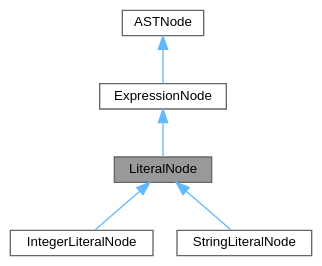
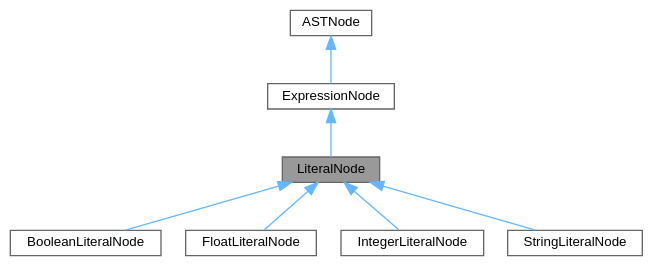
One commit to kejunp/kejunp.github.io changed the diagram in pebbl/docs/structLiteralNode__inherit__graph.dot. Above: the diagram before and after it, drawn with Graphviz. The commit also changed 121 other files, not shown here.

```diff
--- a/pebbl/docs/structLiteralNode__inherit__graph.dot
+++ b/pebbl/docs/structLiteralNode__inherit__graph.dot
@@ -1,16 +1,20 @@
 digraph "LiteralNode"
 {
  // LATEX_PDF_SIZE
   bgcolor="transparent";
   edge [fontname=Helvetica,fontsize=10,labelfontname=Helvetica,labelfontsize=10];
   node [fontname=Helvetica,fontsize=10,shape=box,height=0.2,width=0.4];
   Node1 [id="Node000001",label="LiteralNode",height=0.2,width=0.4,color="gray40", fillcolor="grey60", style="filled", fontcolor="black",tooltip="Base class for all literals."];
   Node2 -> Node1 [id="edge1_Node000001_Node000002",dir="back",color="steelblue1",style="solid",tooltip=" "];
   Node2 [id="Node000002",label="ExpressionNode",height=0.2,width=0.4,color="gray40", fillcolor="white", style="filled",URL="$structExpressionNode.html",tooltip="Base class for all expressions."];
   Node3 -> Node2 [id="edge2_Node000002_Node000003",dir="back",color="steelblue1",style="solid",tooltip=" "];
   Node3 [id="Node000003",label="ASTNode",height=0.2,width=0.4,color="gray40", fillcolor="white", style="filled",URL="$structASTNode.html",tooltip="Base class of all AST nodes."];
   Node1 -> Node4 [id="edge3_Node000001_Node000004",dir="back",color="steelblue1",style="solid",tooltip=" "];
-  Node4 [id="Node000004",label="IntegerLiteralNode",height=0.2,width=0.4,color="gray40", fillcolor="white", style="filled",URL="$structIntegerLiteralNode.html",tooltip="A integer literal."];
+  Node4 [id="Node000004",label="BooleanLiteralNode",height=0.2,width=0.4,color="gray40", fillcolor="white", style="filled",URL="$structBooleanLiteralNode.html",tooltip="A boolean literal (true or false)"];
   Node1 -> Node5 [id="edge4_Node000001_Node000005",dir="back",color="steelblue1",style="solid",tooltip=" "];
-  Node5 [id="Node000005",label="StringLiteralNode",height=0.2,width=0.4,color="gray40", fillcolor="white", style="filled",URL="$structStringLiteralNode.html",tooltip="A string literal."];
+  Node5 [id="Node000005",label="FloatLiteralNode",height=0.2,width=0.4,color="gray40", fillcolor="white", style="filled",URL="$structFloatLiteralNode.html",tooltip="A float literal."];
+  Node1 -> Node6 [id="edge5_Node000001_Node000006",dir="back",color="steelblue1",style="solid",tooltip=" "];
+  Node6 [id="Node000006",label="IntegerLiteralNode",height=0.2,width=0.4,color="gray40", fillcolor="white", style="filled",URL="$structIntegerLiteralNode.html",tooltip="A integer literal."];
+  Node1 -> Node7 [id="edge6_Node000001_Node000007",dir="back",color="steelblue1",style="solid",tooltip=" "];
+  Node7 [id="Node000007",label="StringLiteralNode",height=0.2,width=0.4,color="gray40", fillcolor="white", style="filled",URL="$structStringLiteralNode.html",tooltip="A string literal."];
 }
```
